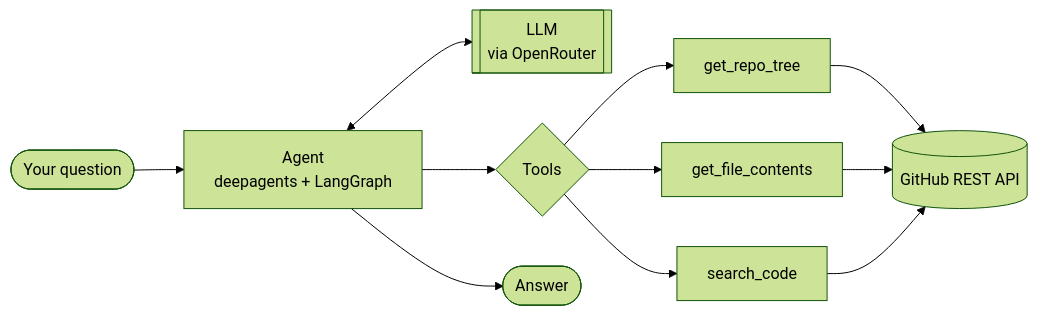
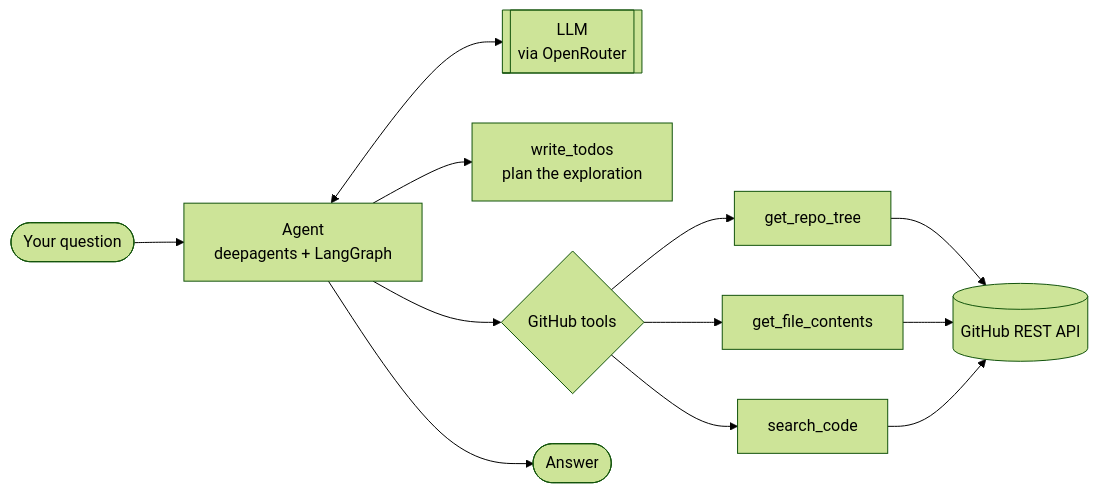
Before and after one commit to ArchitKandu/repo-cartographer: the diagram in README.md, drawn with Mermaid (forest theme). The commit also changed other lines of this file and 7 other files, not shown here.

Commit message:
Enhance documentation and structure: update README, .env.example, and agent prompts; add GitHub token support; improve main entry point and tools descriptions.

````diff
--- a/README.md
+++ b/README.md
@@ -36,11 +45,12 @@
 ```mermaid
 flowchart LR
     U([Your question]) --> A[Agent<br/>deepagents + LangGraph]
     A <--> M[["LLM<br/>via OpenRouter"]]
-    A --> T{Tools}
+    A --> P[write_todos<br/>plan the exploration]
+    A --> T{GitHub tools}
     T --> T1[get_repo_tree]
     T --> T2[get_file_contents]
     T --> T3[search_code]
     T1 & T2 & T3 --> G[(GitHub REST API)]
     A --> R([Answer])
 ```
````
